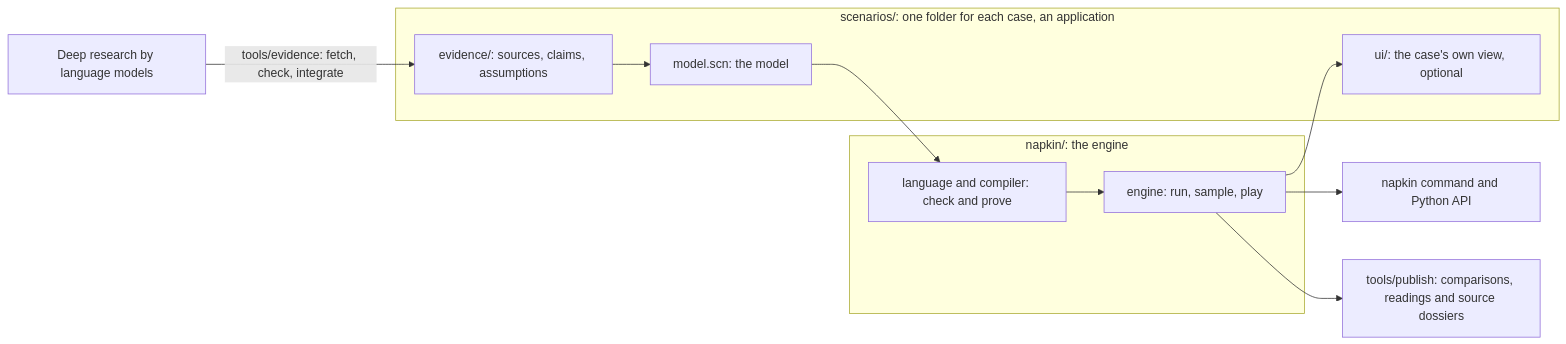
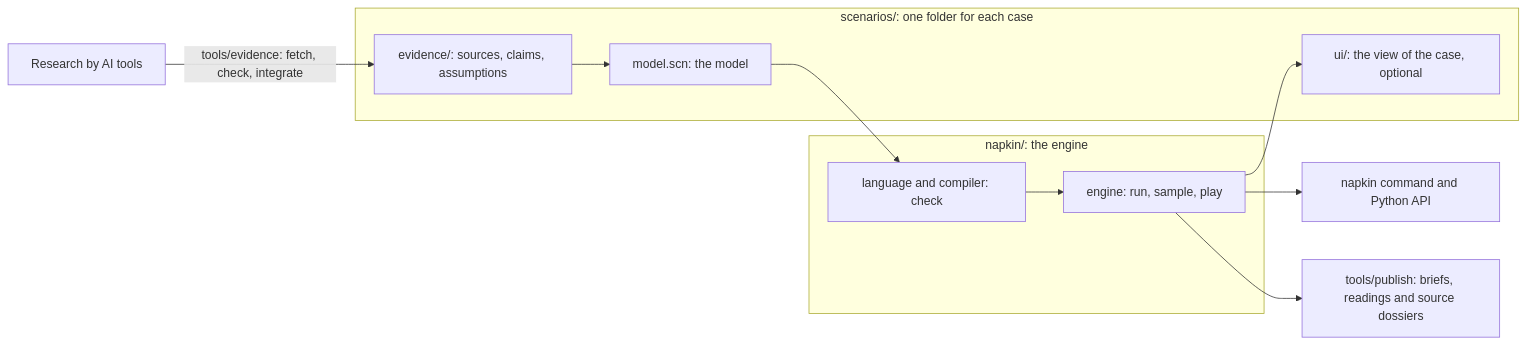
One commit to jfeiglin/napkin changed the diagram in README.md. Above: the diagram before and after it, drawn with Mermaid. The commit also changed other lines of this file and 27 other files, not shown here.

````diff
--- a/README.md
+++ b/README.md
@@ -11,20 +13,20 @@
 ```mermaid
 flowchart LR
-    research["Deep research by language models"]
-    subgraph case["scenarios/: one folder for each case, an application"]
+    research["Research by AI tools"]
+    subgraph case["scenarios/: one folder for each case"]
         evidence["evidence/: sources, claims, assumptions"]
         model["model.scn: the model"]
-        view["ui/: the case's own view, optional"]
+        view["ui/: the view of the case, optional"]
     end
     subgraph napkin["napkin/: the engine"]
-        compiler["language and compiler: check and prove"]
+        compiler["language and compiler: check"]
         engine["engine: run, sample, play"]
     end
     command["napkin command and Python API"]
-    briefs["tools/publish: comparisons, readings and source dossiers"]
+    briefs["tools/publish: briefs, readings and source dossiers"]
     research -->|"tools/evidence: fetch, check, integrate"| evidence
     evidence --> model --> compiler --> engine
     engine --> command
     engine --> briefs
     engine --> view
 ```
````
